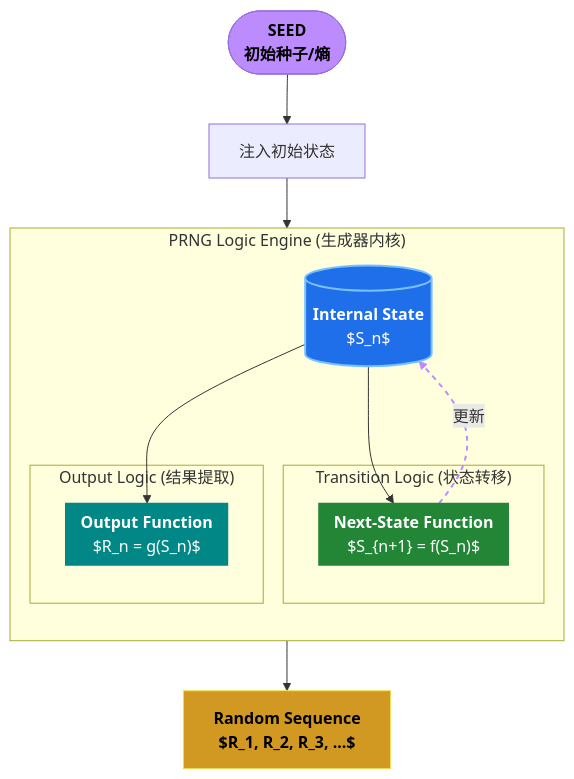
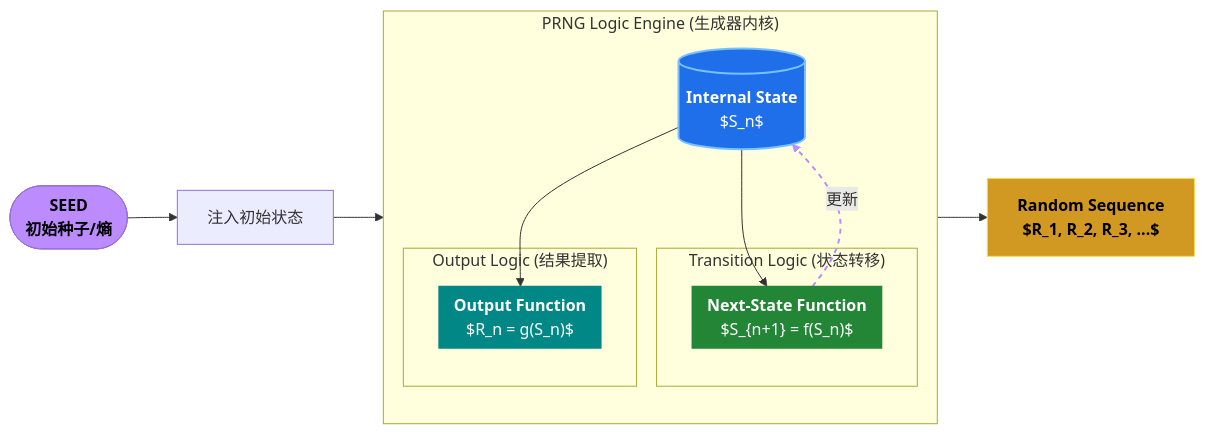
The first of 3 diagrams in source/_posts/2024/2024-02-25_计算机随机数生成原理详解.md (teatang/t-blog), drawn with Mermaid before and after one commit. The commit also changed other lines of this file and 5 other files, not shown here.

```diff
--- a/source/_posts/2024/2024-02-25_计算机随机数生成原理详解.md
+++ b/source/_posts/2024/2024-02-25_计算机随机数生成原理详解.md
@@ -32,44 +32,44 @@
 {% mermaid %}
-graph TB
+graph LR
     %% --- 输入层 ---
     Start([<b>SEED</b><br/>初始种子/熵]) --> Init[注入初始状态]
 
     %% --- 核心引擎层 ---
     subgraph Engine ["PRNG Logic Engine (生成器内核)"]
         direction TB
         
         State[("<b>Internal State</b><br/>$S_n$")]
         
         subgraph Transition ["Transition Logic (状态转移)"]
             FuncF[["<b>Next-State Function</b><br/>$S_{n+1} = f(S_n)$"]]
         end
 
         subgraph Extraction ["Output Logic (结果提取)"]
             FuncG[["<b>Output Function</b><br/>$R_n = g(S_n)$"]]
         end
     end
 
     %% --- 逻辑流 ---
     Init --> State
     State --> FuncF
     FuncF -- "更新" --> State
     
     State --> FuncG
 
     %% --- 输出层 ---
     FuncG --> Output["<b>Random Sequence</b><br/>$R_1, R_2, R_3, ...$"]
 
     %% --- 黑暗模式样式优化 ---
     style Start fill:#bc8cff,color:#000,font-weight:bold
     style State fill:#1f6feb,color:#fff,stroke:#79c0ff,stroke-width:2px
     
     %% 函数节点使用蓝绿色（代表数学计算）
     style FuncF fill:#238636,color:#fff,stroke:none
     style FuncG fill:#018786,color:#fff,stroke:none
     
     %% 输出使用金黄色（代表产出的果实）
     style Output fill:#d29922,color:#000,font-weight:bold,stroke:#f1e05a
 
     %% 连线美化
     linkStyle 3 stroke:#bc8cff,stroke-width:2px,stroke-dasharray: 5 5
 {% endmermaid %}
```
